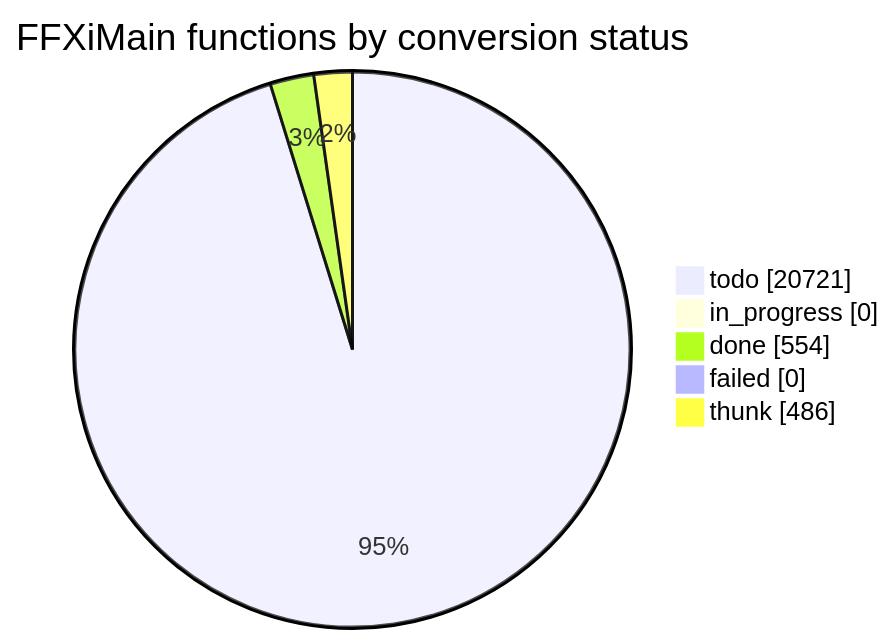
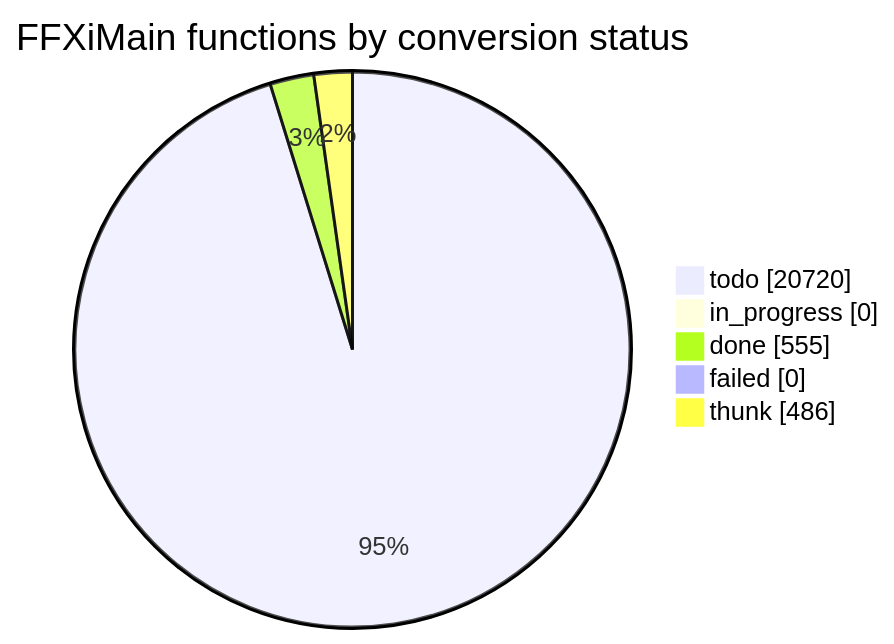
Before and after one commit to cowrevenge/cow_kuluu_xi_anything: the diagram in docs/cow/STATUS.md, drawn with Mermaid. The commit also changed other lines of this file and 9 other files, not shown here.

````diff
--- a/docs/cow/STATUS.md
+++ b/docs/cow/STATUS.md
@@ -18,9 +18,9 @@
 ```mermaid
 pie showData
     title FFXiMain functions by conversion status
-    "todo" : 20721
+    "todo" : 20720
     "in_progress" : 0
-    "done" : 554
+    "done" : 555
     "failed" : 0
     "thunk" : 486
 ```
````
